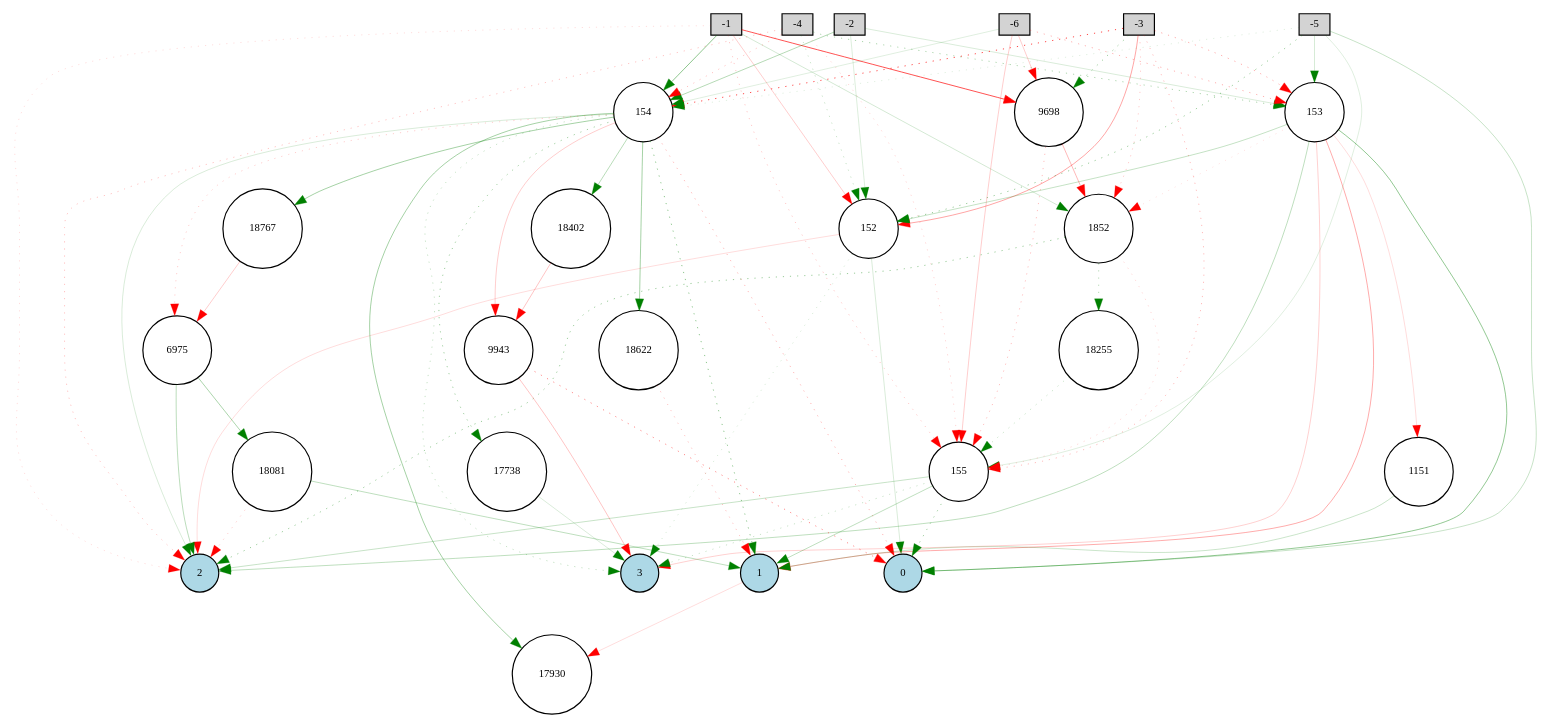
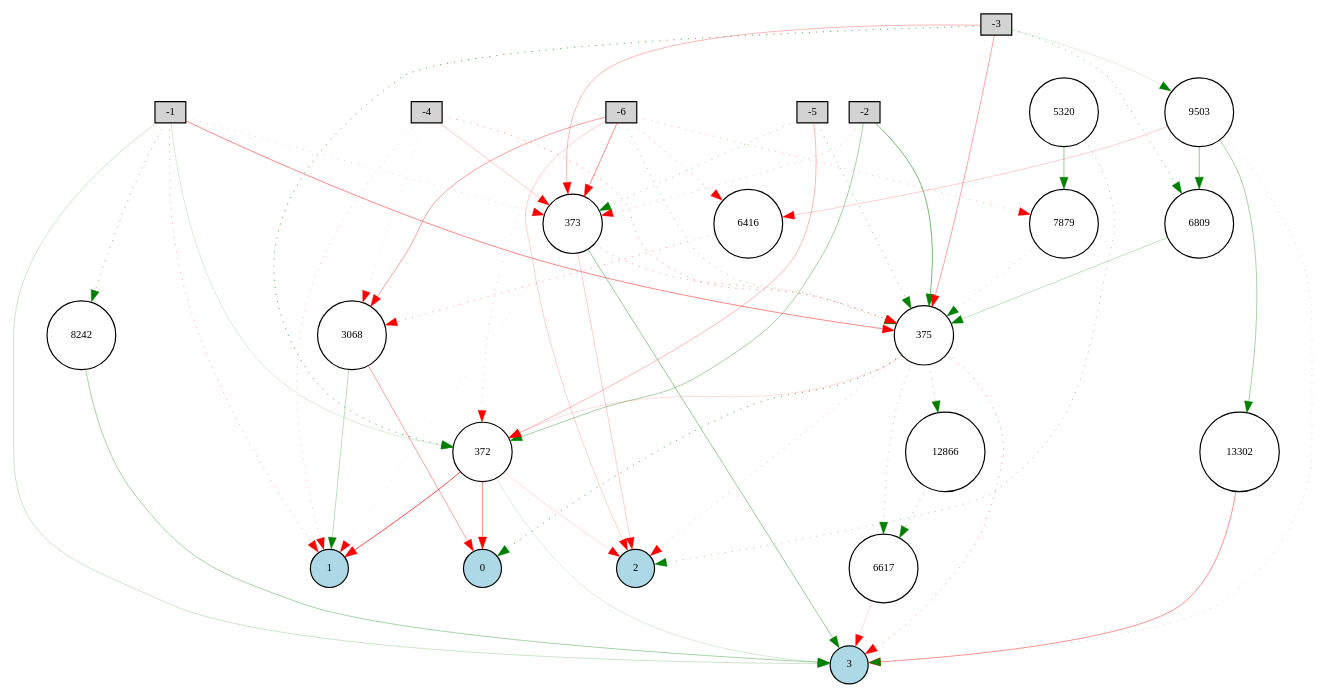
Before and after one commit to Aayush499/Neat-Foraging: the diagram in Digraph.gv, drawn with Graphviz. The commit also changed 9 other files, not shown here.

```diff
--- a/Digraph.gv
+++ b/Digraph.gv
@@ -1,101 +1,83 @@
 digraph {
 	node [fontsize=9 height=0.2 shape=circle width=0.2]
 	-1 [fillcolor=lightgray shape=box style=filled]
 	-2 [fillcolor=lightgray shape=box style=filled]
 	-3 [fillcolor=lightgray shape=box style=filled]
 	-4 [fillcolor=lightgray shape=box style=filled]
 	-5 [fillcolor=lightgray shape=box style=filled]
 	-6 [fillcolor=lightgray shape=box style=filled]
 	0 [fillcolor=lightblue style=filled]
 	1 [fillcolor=lightblue style=filled]
 	2 [fillcolor=lightblue style=filled]
 	3 [fillcolor=lightblue style=filled]
-	17930 [fillcolor=white style=filled]
-	152 [fillcolor=white style=filled]
-	153 [fillcolor=white style=filled]
-	154 [fillcolor=white style=filled]
-	155 [fillcolor=white style=filled]
-	18081 [fillcolor=white style=filled]
-	1852 [fillcolor=white style=filled]
-	18622 [fillcolor=white style=filled]
-	6975 [fillcolor=white style=filled]
-	17738 [fillcolor=white style=filled]
-	18255 [fillcolor=white style=filled]
-	18767 [fillcolor=white style=filled]
-	9943 [fillcolor=white style=filled]
-	9698 [fillcolor=white style=filled]
-	18402 [fillcolor=white style=filled]
-	1151 [fillcolor=white style=filled]
-	-1 -> 152 [color=red penwidth=0.1715261399982582 style=solid]
-	-1 -> 154 [color=green penwidth=0.37584320361838164 style=solid]
-	-1 -> 155 [color=red penwidth=0.18876778636202624 style=dotted]
-	-2 -> 152 [color=green penwidth=0.12063926315307552 style=solid]
-	-2 -> 153 [color=green penwidth=0.12533685122717272 style=solid]
-	-2 -> 154 [color=green penwidth=0.24959604478645495 style=solid]
-	-3 -> 152 [color=red penwidth=0.29625272808775704 style=solid]
-	-3 -> 153 [color=red penwidth=0.279270942783477 style=dotted]
-	-3 -> 154 [color=red penwidth=0.6 style=dotted]
-	-3 -> 155 [color=red penwidth=0.22521018836550286 style=dotted]
-	-4 -> 152 [color=green penwidth=0.18690614799301247 style=dotted]
-	-4 -> 153 [color=green penwidth=0.28183747156208167 style=dotted]
-	-4 -> 154 [color=red penwidth=0.2121593272241547 style=dotted]
-	-4 -> 155 [color=red penwidth=0.150300520991048 style=dotted]
-	-5 -> 152 [color=green penwidth=0.3532275422758955 style=dotted]
-	-5 -> 153 [color=green penwidth=0.14467083162530373 style=solid]
-	-5 -> 154 [color=green penwidth=0.10787311645351792 style=dotted]
-	-5 -> 155 [color=green penwidth=0.10842797437408139 style=solid]
-	-6 -> 153 [color=red penwidth=0.27091226461269236 style=dotted]
-	-6 -> 154 [color=green penwidth=0.11112969179963078 style=solid]
-	-6 -> 155 [color=red penwidth=0.17185479841183132 style=solid]
-	152 -> 0 [color=green penwidth=0.13078524253571275 style=solid]
-	152 -> 2 [color=red penwidth=0.12173319510209409 style=solid]
-	152 -> 3 [color=green penwidth=0.13789287969948627 style=dotted]
-	153 -> 0 [color=green penwidth=0.3638222166247279 style=solid]
-	153 -> 1 [color=red penwidth=0.27862614732285884 style=solid]
-	153 -> 2 [color=green penwidth=0.22343933294884 style=solid]
-	153 -> 3 [color=red penwidth=0.16162876189198733 style=solid]
-	154 -> 0 [color=red penwidth=0.2461907649114275 style=dotted]
-	154 -> 1 [color=green penwidth=0.3779014018876006 style=dotted]
-	154 -> 2 [color=green penwidth=0.12973404712948775 style=solid]
-	154 -> 3 [color=green penwidth=0.1985485796910087 style=dotted]
-	155 -> 0 [color=green penwidth=0.3174800885645809 style=dotted]
-	155 -> 1 [color=green penwidth=0.21632767783076645 style=solid]
-	155 -> 2 [color=green penwidth=0.19236871438939257 style=solid]
-	155 -> 3 [color=green penwidth=0.18630588992195024 style=dotted]
-	153 -> 1151 [color=red penwidth=0.11729876206189657 style=solid]
-	1151 -> 1 [color=green penwidth=0.17564516648285744 style=solid]
-	153 -> 1852 [color=red penwidth=0.10048071511200884 style=dotted]
-	1852 -> 2 [color=green penwidth=0.34129858730216833 style=dotted]
-	-5 -> 0 [color=green penwidth=0.19081360556753796 style=solid]
-	-4 -> 2 [color=red penwidth=0.21466651340566867 style=dotted]
-	154 -> 6975 [color=red penwidth=0.1673281307173189 style=dotted]
-	6975 -> 2 [color=green penwidth=0.2313404939410258 style=solid]
-	-3 -> 1852 [color=red penwidth=0.18191528420960196 style=dotted]
-	1852 -> 155 [color=red penwidth=0.13970417944795324 style=dotted]
-	-1 -> 2 [color=red penwidth=0.1154674032731343 style=dotted]
-	-3 -> 9698 [color=green penwidth=0.3567269902444026 style=dotted]
-	9698 -> 1852 [color=red penwidth=0.23806069034918706 style=solid]
-	-1 -> 1852 [color=green penwidth=0.15496824457884667 style=solid]
-	154 -> 9943 [color=red penwidth=0.17404201361395577 style=solid]
-	9943 -> 3 [color=red penwidth=0.20371510820898575 style=solid]
-	-1 -> 9698 [color=red penwidth=0.5708262522482459 style=solid]
-	9943 -> 0 [color=red penwidth=0.39336737244886266 style=dotted]
-	154 -> 17738 [color=green penwidth=0.32318895942670134 style=dotted]
-	17738 -> 3 [color=green penwidth=0.13480561371172115 style=solid]
-	153 -> 152 [color=green penwidth=0.19637362284709567 style=solid]
-	154 -> 17930 [color=green penwidth=0.30390274942840656 style=solid]
-	9698 -> 155 [color=red penwidth=0.22485429679467045 style=dotted]
-	6975 -> 18081 [color=green penwidth=0.27912130094620885 style=solid]
-	18081 -> 2 [color=red penwidth=0.16771623376760114 style=dotted]
-	1852 -> 18255 [color=green penwidth=0.2496762915942555 style=dotted]
-	18255 -> 155 [color=green penwidth=0.20371253104250048 style=dotted]
-	154 -> 18402 [color=green penwidth=0.2419922276575148 style=solid]
-	18402 -> 9943 [color=red penwidth=0.19603173031769028 style=solid]
-	18081 -> 1 [color=green penwidth=0.221420039168005 style=solid]
-	154 -> 18622 [color=green penwidth=0.30000000000000004 style=solid]
-	18622 -> 1 [color=red penwidth=0.2085259020378743 style=dotted]
-	-6 -> 9698 [color=red penwidth=0.17302808282702037 style=solid]
-	154 -> 18767 [color=green penwidth=0.30000000000000004 style=solid]
-	18767 -> 6975 [color=red penwidth=0.16615173513267165 style=solid]
-	1 -> 17930 [color=red penwidth=0.12099278340719415 style=solid]
+	12866 [fillcolor=white style=filled]
+	7879 [fillcolor=white style=filled]
+	5320 [fillcolor=white style=filled]
+	6416 [fillcolor=white style=filled]
+	6809 [fillcolor=white style=filled]
+	8242 [fillcolor=white style=filled]
+	372 [fillcolor=white style=filled]
+	373 [fillcolor=white style=filled]
+	13302 [fillcolor=white style=filled]
+	375 [fillcolor=white style=filled]
+	6617 [fillcolor=white style=filled]
+	3068 [fillcolor=white style=filled]
+	9503 [fillcolor=white style=filled]
+	-1 -> 372 [color=green penwidth=0.1326016537382938 style=solid]
+	-1 -> 373 [color=red penwidth=0.17236265693238495 style=dotted]
+	-1 -> 375 [color=red penwidth=0.3990003025081229 style=solid]
+	-2 -> 372 [color=green penwidth=0.3042072752698285 style=solid]
+	-2 -> 373 [color=red penwidth=0.22903945326321726 style=dotted]
+	-2 -> 375 [color=green penwidth=0.4614673592740933 style=solid]
+	-3 -> 372 [color=green penwidth=0.523908632284136 style=dotted]
+	-3 -> 373 [color=red penwidth=0.23658986613929794 style=solid]
+	-3 -> 375 [color=red penwidth=0.2982135409568979 style=solid]
+	-4 -> 373 [color=red penwidth=0.1880542471196609 style=solid]
+	-4 -> 375 [color=red penwidth=0.3613929996050047 style=dotted]
+	-5 -> 372 [color=red penwidth=0.24126102407908845 style=solid]
+	-5 -> 373 [color=green penwidth=0.2880796074327848 style=dotted]
+	-5 -> 375 [color=green penwidth=0.3613964117990355 style=dotted]
+	-6 -> 372 [color=red penwidth=0.1567383526319065 style=dotted]
+	-6 -> 373 [color=red penwidth=0.3914112074084013 style=solid]
+	-6 -> 375 [color=green penwidth=0.2795256189009581 style=dotted]
+	372 -> 0 [color=red penwidth=0.36050285878979627 style=solid]
+	372 -> 1 [color=red penwidth=0.6 style=solid]
+	372 -> 2 [color=red penwidth=0.12789361585044148 style=solid]
+	372 -> 3 [color=green penwidth=0.1270946716239975 style=solid]
+	373 -> 1 [color=red penwidth=0.11181050556446138 style=dotted]
+	373 -> 2 [color=red penwidth=0.16970448735941238 style=solid]
+	373 -> 3 [color=green penwidth=0.3427162743535913 style=solid]
+	375 -> 0 [color=green penwidth=0.5065310964434391 style=dotted]
+	375 -> 2 [color=red penwidth=0.2270232830292562 style=dotted]
+	375 -> 3 [color=red penwidth=0.35174810729990846 style=dotted]
+	-6 -> 3068 [color=red penwidth=0.32498612019938133 style=solid]
+	3068 -> 0 [color=red penwidth=0.3100624356480156 style=solid]
+	5320 -> 2 [color=green penwidth=0.30211095229802043 style=dotted]
+	-6 -> 2 [color=red penwidth=0.15862196790539662 style=solid]
+	-4 -> 3068 [color=red penwidth=0.10646596442212361 style=dotted]
+	-6 -> 6416 [color=red penwidth=0.2982376713815116 style=dotted]
+	6416 -> 3068 [color=red penwidth=0.32748073911131736 style=dotted]
+	375 -> 6617 [color=green penwidth=0.2712185570297099 style=dotted]
+	6617 -> 3 [color=red penwidth=0.123062955049826 style=solid]
+	3068 -> 1 [color=green penwidth=0.2155908628189738 style=solid]
+	-3 -> 6809 [color=green penwidth=0.3656799011182772 style=dotted]
+	6809 -> 375 [color=green penwidth=0.21410896467066834 style=solid]
+	-1 -> 3 [color=green penwidth=0.17086818105516693 style=solid]
+	-6 -> 7879 [color=red penwidth=0.26163298120865053 style=dotted]
+	7879 -> 375 [color=green penwidth=0.1973346480396308 style=dotted]
+	5320 -> 7879 [color=green penwidth=0.344688574228161 style=solid]
+	-1 -> 8242 [color=green penwidth=0.36020661524265396 style=dotted]
+	8242 -> 3 [color=green penwidth=0.2913783977968615 style=solid]
+	-4 -> 1 [color=red penwidth=0.19353546971328106 style=dotted]
+	9503 -> 3 [color=green penwidth=0.16762514304125503 style=dotted]
+	373 -> 375 [color=red penwidth=0.3116740614835163 style=dotted]
+	375 -> 372 [color=red penwidth=0.11881325804635534 style=solid]
+	9503 -> 6809 [color=green penwidth=0.38743466941788796 style=solid]
+	9503 -> 6416 [color=red penwidth=0.17362604106767848 style=solid]
+	375 -> 12866 [color=green penwidth=0.31004136580929403 style=dotted]
+	12866 -> 6617 [color=green penwidth=0.3444696129858039 style=dotted]
+	-3 -> 9503 [color=green penwidth=0.11395821773496916 style=solid]
+	9503 -> 13302 [color=green penwidth=0.2899438228330711 style=solid]
+	13302 -> 3 [color=red penwidth=0.3632460545533096 style=solid]
+	-1 -> 1 [color=red penwidth=0.290979423441586 style=dotted]
 }
```
